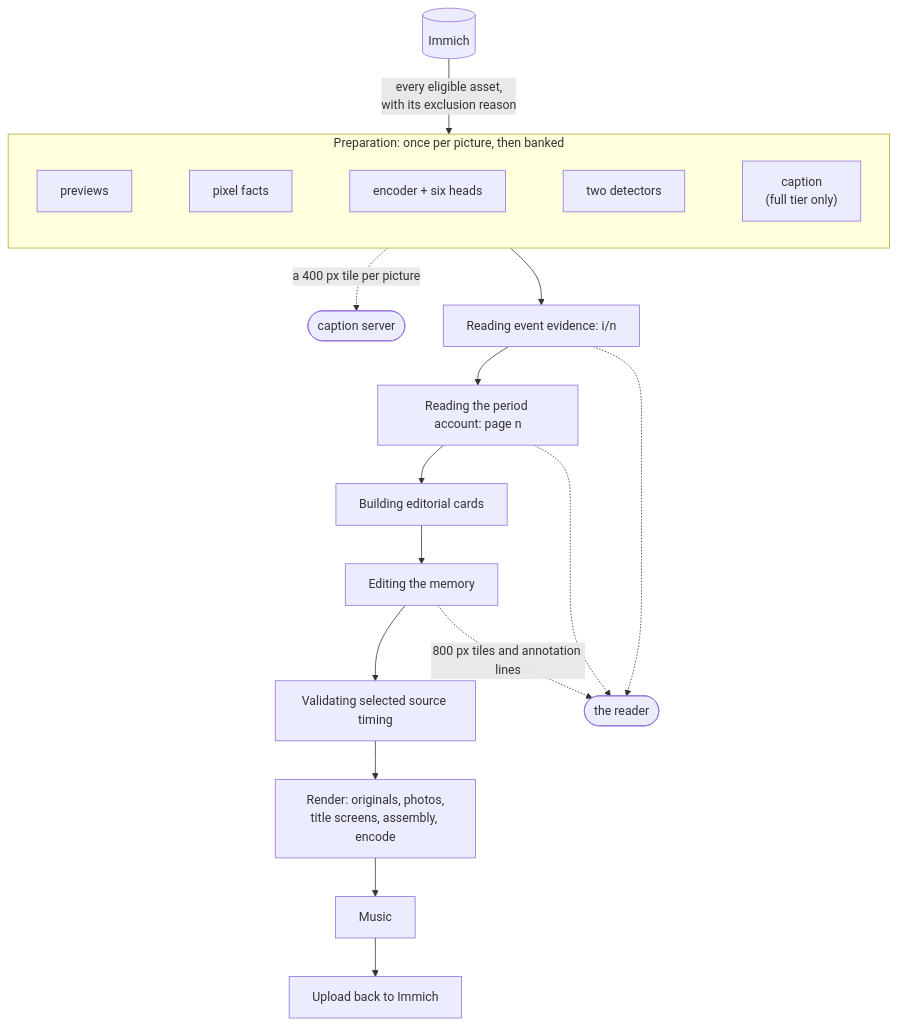
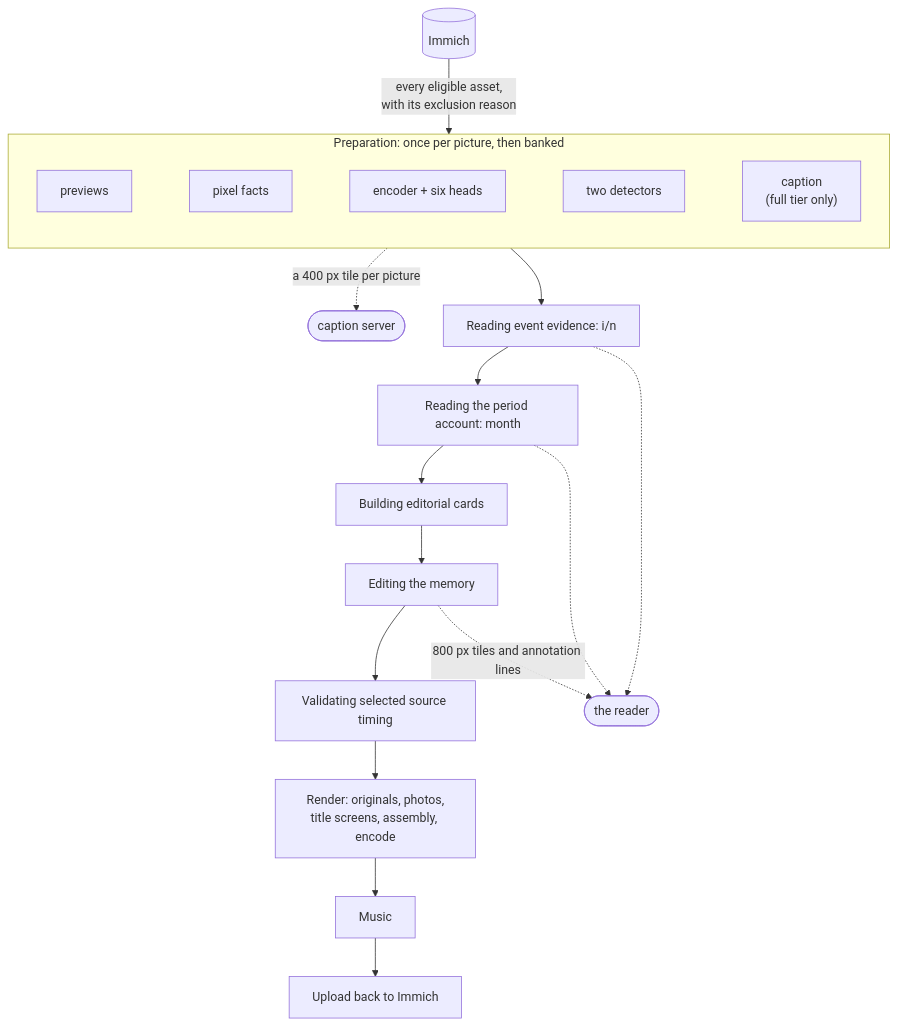
One commit to chenzeyan54-commits/immich-video-memory-generator changed the first of 2 diagrams in docs-site/docs/create/pipeline.md. Above: the diagram before and after it, drawn with Mermaid. The commit also changed other lines of this file and 82 other files, not shown here.

````diff
--- a/docs-site/docs/create/pipeline.md
+++ b/docs-site/docs/create/pipeline.md
@@ -17,24 +17,24 @@
 ```mermaid
 flowchart TD
     immich[("Immich")] -->|"every eligible asset,<br/>with its exclusion reason"| prep
 
     subgraph prep["Preparation: once per picture, then banked"]
         direction LR
         previews["previews"] ~~~ pixels["pixel facts"] ~~~ heads["encoder + six heads"]
         heads ~~~ detectors["two detectors"] ~~~ caption["caption<br/>(full tier only)"]
     end
 
     prep --> episodes["Reading event evidence: i/n"]
-    episodes --> period["Reading the period account: page n"]
+    episodes --> period["Reading the period account: month"]
     period --> cards["Building editorial cards"]
     cards --> edit["Editing the memory"]
     edit --> timing["Validating selected source timing"]
     timing --> render["Render: originals, photos,<br/>title screens, assembly, encode"]
     render --> music["Music"]
     music --> deliver["Upload back to Immich"]
 
     caption -.->|"a 400 px tile per picture"| captioner(["caption server"])
     episodes -.-> reader(["the reader"])
     period -.-> reader
     edit -.->|"800 px tiles and annotation lines"| reader
 ```
````
